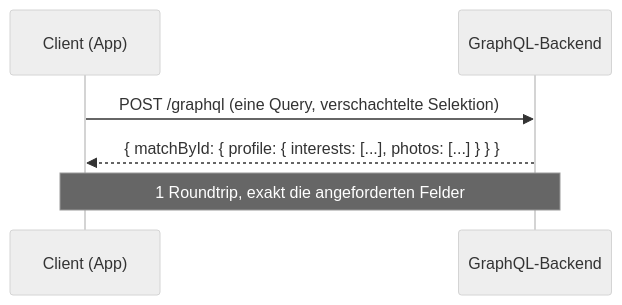
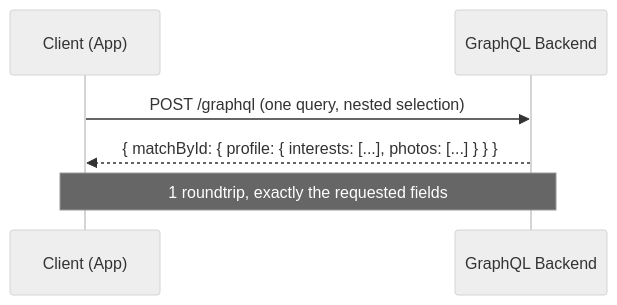
One commit to r4mercur/generic-graphql changed the third of 4 diagrams in README.md. Above: the diagram before and after it, drawn with Mermaid (neutral theme). The commit also changed other lines of this file and 2 other files, not shown here.

````diff
--- a/README.md
+++ b/README.md
@@ -58,9 +64,9 @@
 ```mermaid
 sequenceDiagram
     participant C as Client (App)
-    participant S as GraphQL-Backend
+    participant S as GraphQL Backend
 
-    C->>S: POST /graphql (eine Query, verschachtelte Selektion)
+    C->>S: POST /graphql (one query, nested selection)
     S-->>C: { matchById: { profile: { interests: [...], photos: [...] } } }
-    Note over C,S: 1 Roundtrip, exakt die angeforderten Felder
+    Note over C,S: 1 roundtrip, exactly the requested fields
 ```
````
